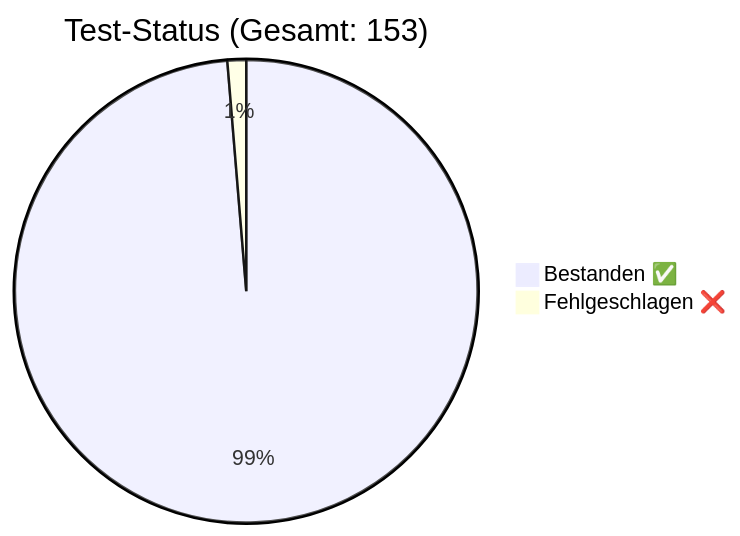
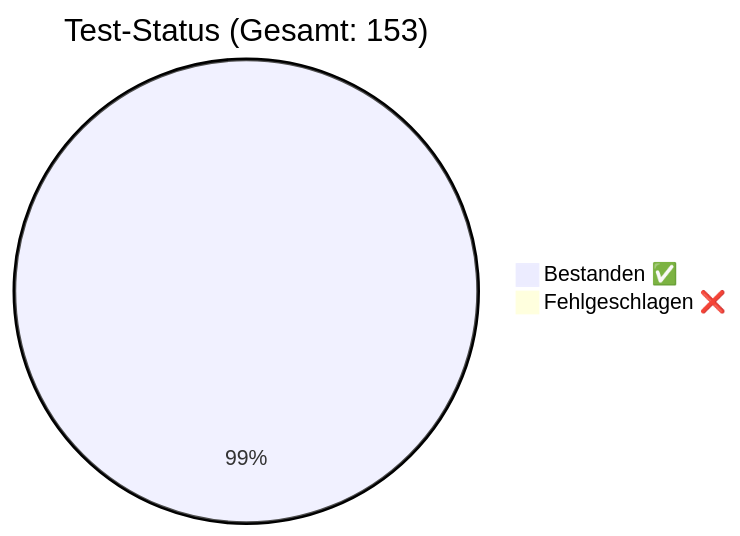
One commit to rorila/GCS changed the diagram in docs/QA_Report.md. Above: the diagram before and after it, drawn with Mermaid. The commit also changed other lines of this file and 8 other files, not shown here.

````diff
--- a/docs/QA_Report.md
+++ b/docs/QA_Report.md
@@ -7,5 +7,5 @@
 ```mermaid
 pie title Test-Status (Gesamt: 153)
-    "Bestanden ✅" : 151
-    "Fehlgeschlagen ❌" : 2
+    "Bestanden ✅" : 152
+    "Fehlgeschlagen ❌" : 1
 ```
````
